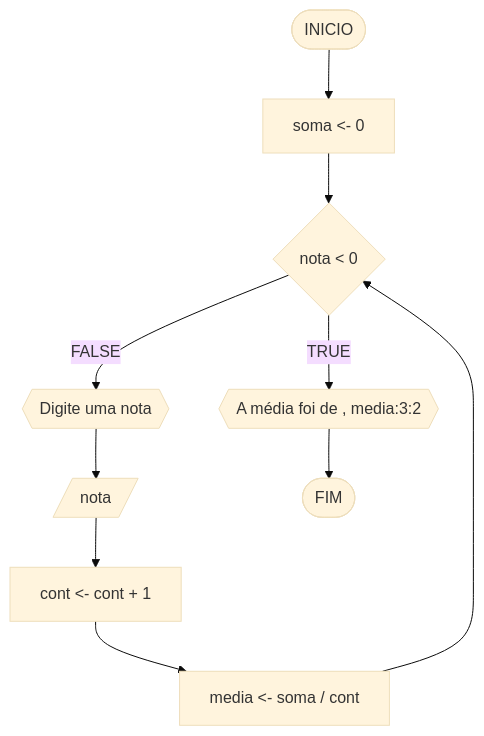
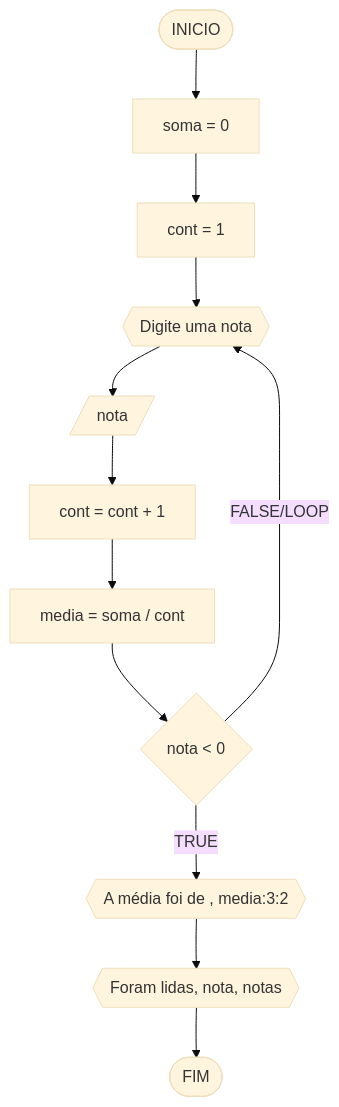
Before and after one commit to Gabriel0225/unifor: the sixth of 6 diagrams in RLA/unidade1/lista3.md, drawn with Mermaid (base theme).

````diff
--- a/RLA/unidade1/lista3.md
+++ b/RLA/unidade1/lista3.md
@@ -225,12 +225,15 @@
 ```mermaid
 flowchart TD
-A([INICIO]) --> B[soma <- 0]
-B --> C{nota < 0}
-C --FALSE--> D{{"Digite uma nota"}}
+A([INICIO]) --> B[soma = 0]
+B --> C[cont = 1]
+C --> D{{"Digite uma nota"}}
 D --> E[/nota/]
-E --> F[cont <- cont + 1]
-F --> G[media <- soma / cont]
-G --> C
-C --TRUE--> I{{"A média foi de ", media:3:2}}
-I --> J([FIM])
+E --> F[cont = cont + 1]
+F --> G[media = soma / cont]
+G --> H{nota < 0}
+H --FALSE/LOOP--> D
+
+H --TRUE--> I{{"A média foi de ", media:3:2}}
+I --> J{{Foram lidas, nota, notas}}
+J --> K([FIM])
 ```
````
